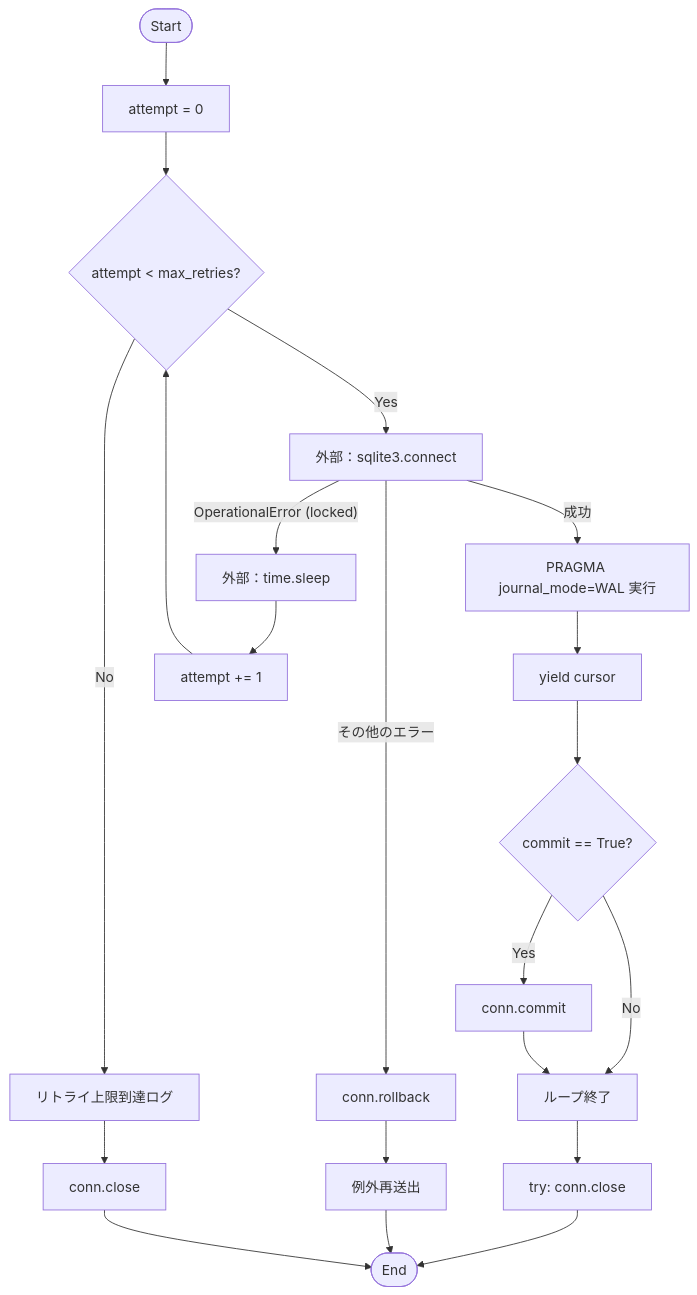
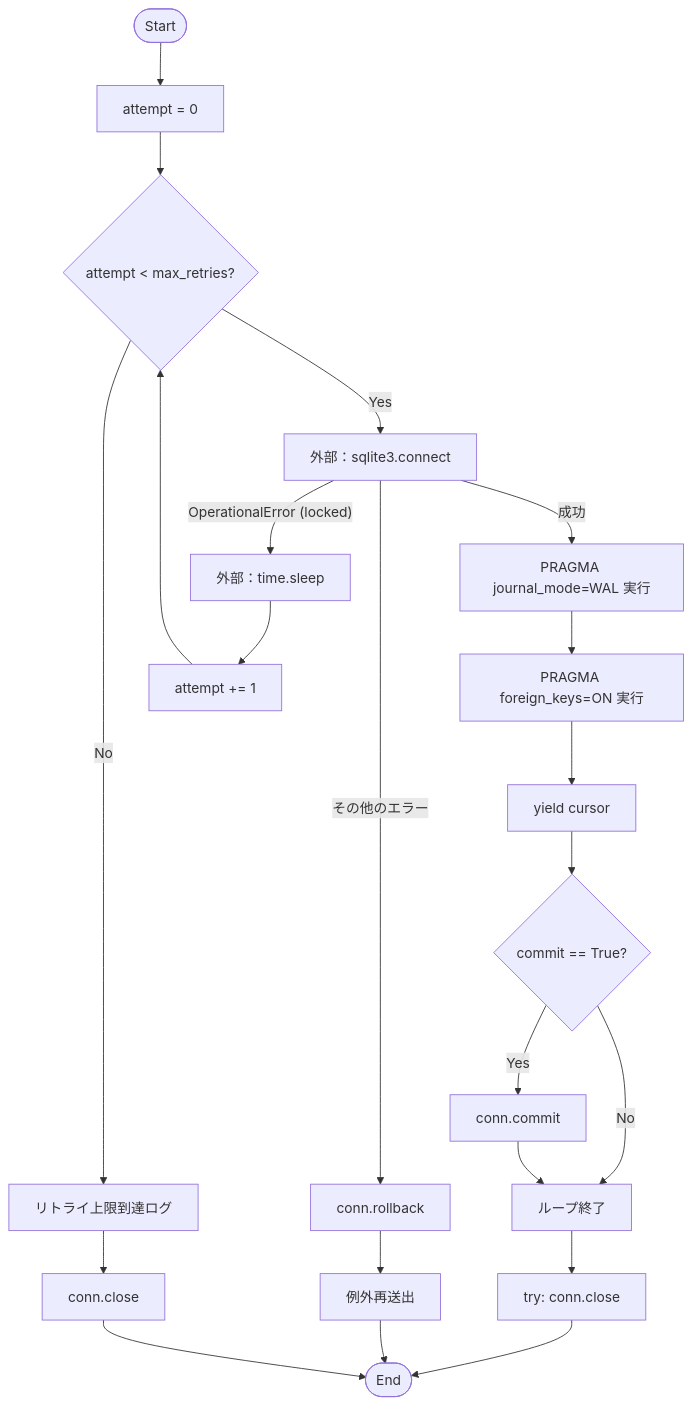
Before and after one commit to mmtigers/my_python_project: the first of 2 diagrams in docs/specifications/MY_HOME_SYSTEM/database.md, drawn with Mermaid. The commit also changed other lines of this file and 8 other files, not shown here.

````diff
--- a/docs/specifications/MY_HOME_SYSTEM/database.md
+++ b/docs/specifications/MY_HOME_SYSTEM/database.md
@@ -155,27 +155,28 @@
 ```mermaid
 flowchart TD
     Start([Start]) --> Init[attempt = 0]
     Init --> LoopCheck{attempt < max_retries?}
     LoopCheck -- Yes --> Connect[外部：sqlite3.connect]
     Connect -- 成功 --> PRAGMA[PRAGMA journal_mode=WAL 実行]
-    PRAGMA --> Yield[yield cursor]
+    PRAGMA --> PRAGMA_FK[PRAGMA foreign_keys=ON 実行]
+    PRAGMA_FK --> Yield[yield cursor]
     Yield --> CommitCheck{commit == True?}
     CommitCheck -- Yes --> DoCommit[conn.commit]
     CommitCheck -- No --> Break[ループ終了]
     DoCommit --> Break
     Break --> CloseTry[try: conn.close]
     CloseTry --> End([End])
 
     Connect -- "OperationalError (locked)" --> Wait[外部：time.sleep]
     Wait --> Inc[attempt += 1]
     Inc --> LoopCheck
 
     Connect -- "その他のエラー" --> Rollback[conn.rollback]
     Rollback --> Raise[例外再送出]
     Raise --> End
 
     LoopCheck -- No --> MaxRetryLog[リトライ上限到達ログ]
     MaxRetryLog --> CloseConn2[conn.close]
     CloseConn2 --> End
 
 ```
````
